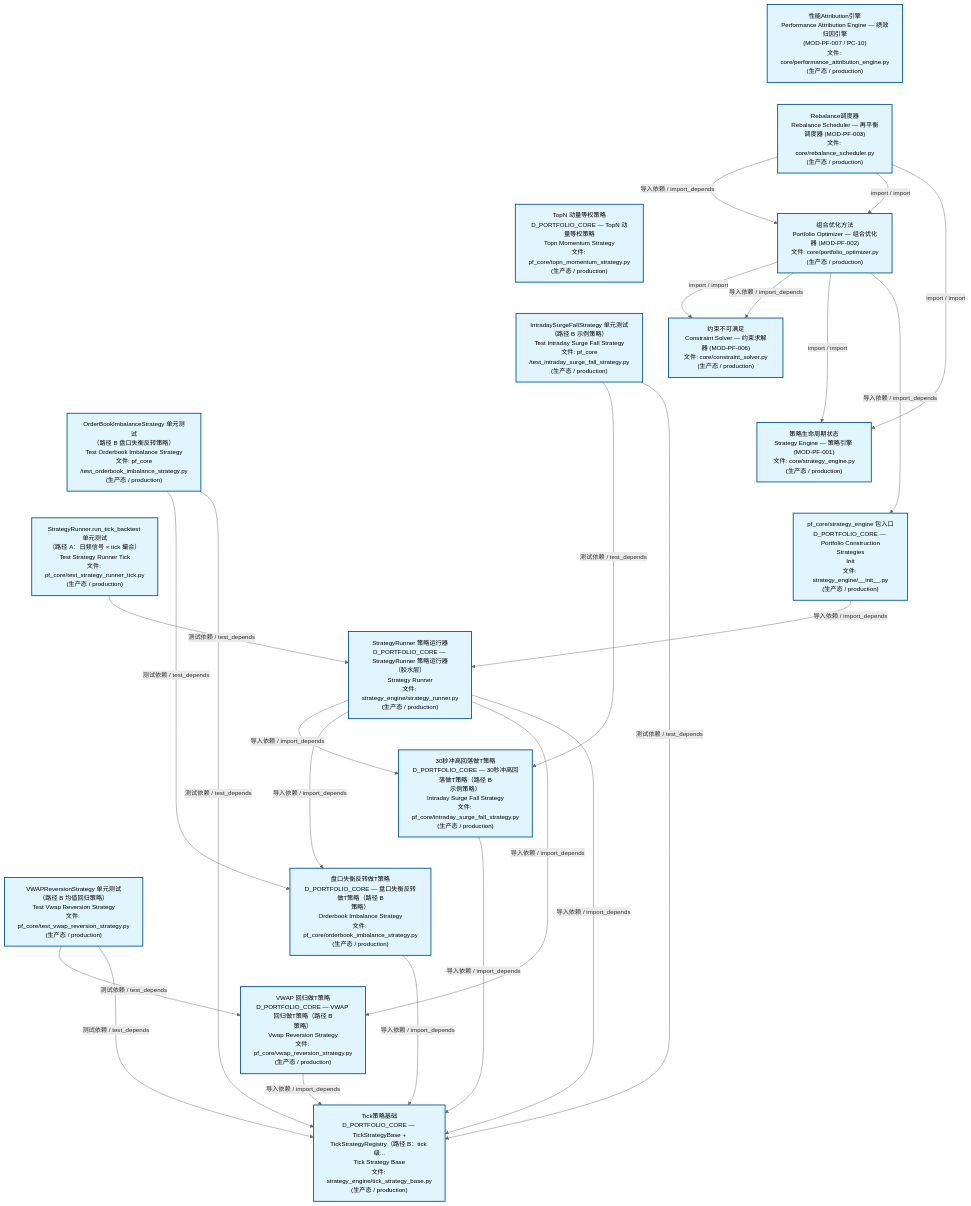
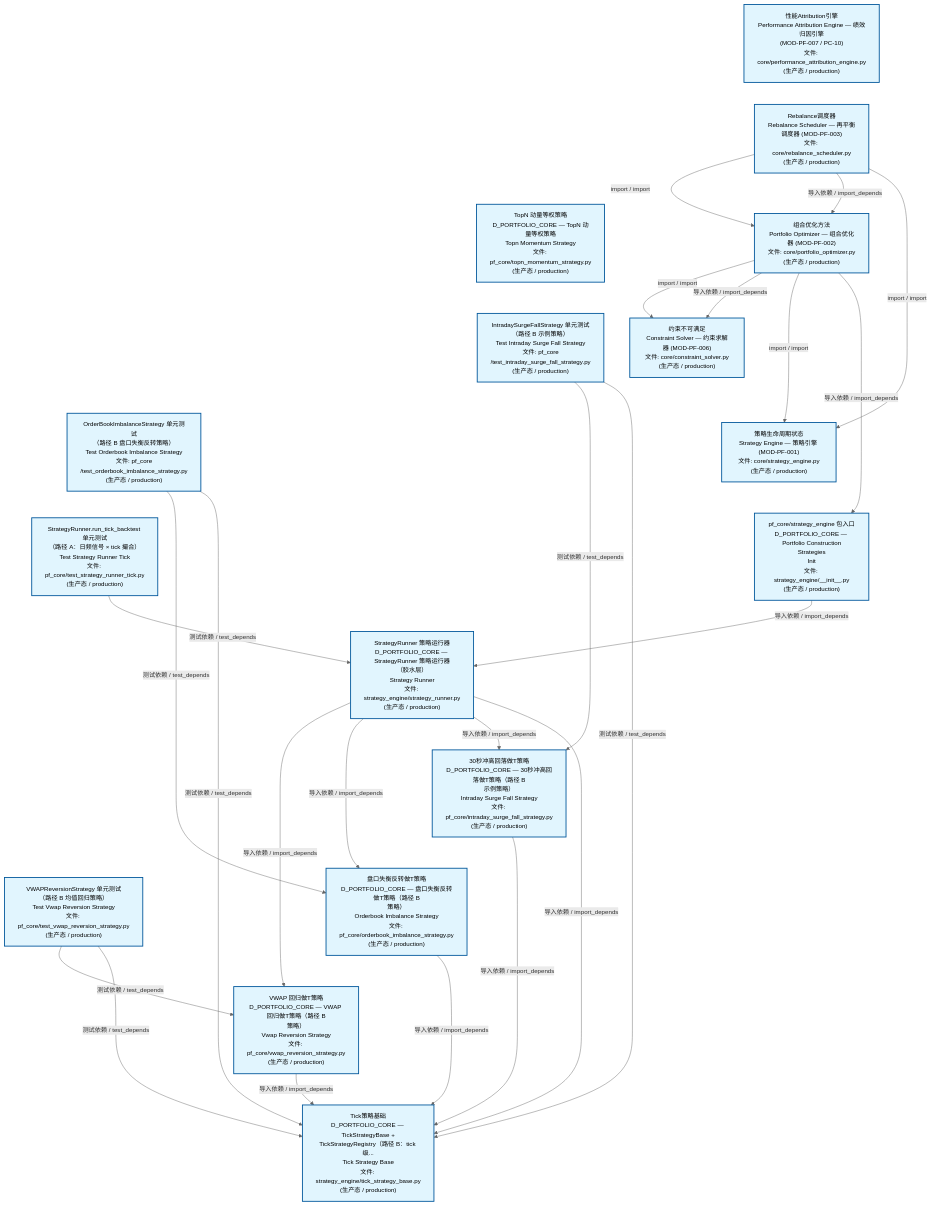
One commit to xuanFelixVan/ZephyrAlpha changed the second of 3 diagrams in docs/02_enterprise_architecture/02_domain_architecture_docs/63_d_pf_core.md. Above: the diagram before and after it, drawn with Mermaid. The commit also changed other lines of this file and 46 other files, not shown here.

````diff
--- a/docs/02_enterprise_architecture/02_domain_architecture_docs/63_d_pf_core.md
+++ b/docs/02_enterprise_architecture/02_domain_architecture_docs/63_d_pf_core.md
@@ -140,57 +141,57 @@
 ```mermaid
 %%{init: {'theme': 'base', 'themeVariables': {'primaryColor': '#eaeaea', 'primaryTextColor': '#333333', 'primaryBorderColor': '#666666', 'lineColor': '#666666', 'secondaryColor': '#eaeaea', 'tertiaryColor': '#eaeaea', 'fontSize': '14px'}}}%%
 flowchart TD
     src_zephyr_pf_core_core_performance_attribution_engine_py["性能Attribution引擎<br/>Performance Attribution Engine — 绩效归因引擎<br/>(MOD-PF-007 / PC-10)<br/>文件: core/performance_attribution_engine.py<br/>(生产态 / production)"]
     src_zephyr_pf_core_core_rebalance_scheduler_py["Rebalance调度器<br/>Rebalance Scheduler — 再平衡调度器 (MOD-PF-003)<br/>文件: core/rebalance_scheduler.py<br/>(生产态 / production)"]
     src_zephyr_pf_core_topn_momentum_strategy_py["TopN 动量等权策略<br/>D_PORTFOLIO_CORE — TopN 动量等权策略<br/>Topn Momentum Strategy<br/>文件: pf_core/topn_momentum_strategy.py<br/>(生产态 / production)"]
     tests_pf_core_test_intraday_surge_fall_strategy_py["IntradaySurgeFallStrategy 单元测试<br/>（路径 B 示例策略）<br/>Test Intraday Surge Fall Strategy<br/>文件: pf_core<br/>/test_intraday_surge_fall_strategy.py<br/>(生产态 / production)"]
     tests_pf_core_test_orderbook_imbalance_strategy_py["OrderBookImbalanceStrategy 单元测试<br/>（路径 B 盘口失衡反转策略）<br/>Test Orderbook Imbalance Strategy<br/>文件: pf_core<br/>/test_orderbook_imbalance_strategy.py<br/>(生产态 / production)"]
     tests_pf_core_test_strategy_runner_tick_py["StrategyRunner.run_tick_backtest 单元测试<br/>（路径 A：日频信号 × tick 撮合）<br/>Test Strategy Runner Tick<br/>文件: pf_core/test_strategy_runner_tick.py<br/>(生产态 / production)"]
     tests_pf_core_test_vwap_reversion_strategy_py["VWAPReversionStrategy 单元测试<br/>（路径 B 均值回归策略）<br/>Test Vwap Reversion Strategy<br/>文件: pf_core/test_vwap_reversion_strategy.py<br/>(生产态 / production)"]
     src_zephyr_pf_core_core_performance_attribution_engine_py ~~~ src_zephyr_pf_core_core_rebalance_scheduler_py
     src_zephyr_pf_core_core_rebalance_scheduler_py ~~~ src_zephyr_pf_core_topn_momentum_strategy_py
     src_zephyr_pf_core_topn_momentum_strategy_py ~~~ tests_pf_core_test_intraday_surge_fall_strategy_py
     tests_pf_core_test_intraday_surge_fall_strategy_py ~~~ tests_pf_core_test_orderbook_imbalance_strategy_py
     tests_pf_core_test_orderbook_imbalance_strategy_py ~~~ tests_pf_core_test_strategy_runner_tick_py
     tests_pf_core_test_strategy_runner_tick_py ~~~ tests_pf_core_test_vwap_reversion_strategy_py
     src_zephyr_pf_core_core_portfolio_optimizer_py["组合优化方法<br/>Portfolio Optimizer — 组合优化器 (MOD-PF-002)<br/>文件: core/portfolio_optimizer.py<br/>(生产态 / production)"]
     src_zephyr_pf_core_core_constraint_solver_py["约束不可满足<br/>Constraint Solver — 约束求解器 (MOD-PF-006)<br/>文件: core/constraint_solver.py<br/>(生产态 / production)"]
     src_zephyr_pf_core_core_strategy_engine_py["策略生命周期状态<br/>Strategy Engine — 策略引擎 (MOD-PF-001)<br/>文件: core/strategy_engine.py<br/>(生产态 / production)"]
     src_zephyr_pf_core_strategy_engine_init_py["pf_core/strategy_engine 包入口<br/>D_PORTFOLIO_CORE — Portfolio Construction<br/>Strategies<br/>Init<br/>文件: strategy_engine/__init__.py<br/>(生产态 / production)"]
     src_zephyr_pf_core_core_constraint_solver_py ~~~ src_zephyr_pf_core_core_strategy_engine_py
     src_zephyr_pf_core_core_strategy_engine_py ~~~ src_zephyr_pf_core_strategy_engine_init_py
     src_zephyr_pf_core_strategy_engine_strategy_runner_py["StrategyRunner 策略运行器<br/>D_PORTFOLIO_CORE — StrategyRunner 策略运行器<br/>（胶水层）<br/>Strategy Runner<br/>文件: strategy_engine/strategy_runner.py<br/>(生产态 / production)"]
     src_zephyr_pf_core_intraday_surge_fall_strategy_py["30秒冲高回落做T策略<br/>D_PORTFOLIO_CORE — 30秒冲高回落做T策略（路径 B<br/>示例策略）<br/>Intraday Surge Fall Strategy<br/>文件: pf_core/intraday_surge_fall_strategy.py<br/>(生产态 / production)"]
     src_zephyr_pf_core_orderbook_imbalance_strategy_py["盘口失衡反转做T策略<br/>D_PORTFOLIO_CORE — 盘口失衡反转做T策略（路径 B<br/>策略）<br/>Orderbook Imbalance Strategy<br/>文件: pf_core/orderbook_imbalance_strategy.py<br/>(生产态 / production)"]
     src_zephyr_pf_core_vwap_reversion_strategy_py["VWAP 回归做T策略<br/>D_PORTFOLIO_CORE — VWAP 回归做T策略（路径 B<br/>策略）<br/>Vwap Reversion Strategy<br/>文件: pf_core/vwap_reversion_strategy.py<br/>(生产态 / production)"]
     src_zephyr_pf_core_intraday_surge_fall_strategy_py ~~~ src_zephyr_pf_core_orderbook_imbalance_strategy_py
     src_zephyr_pf_core_orderbook_imbalance_strategy_py ~~~ src_zephyr_pf_core_vwap_reversion_strategy_py
     src_zephyr_pf_core_strategy_engine_tick_strategy_base_py["Tick策略基础<br/>D_PORTFOLIO_CORE — TickStrategyBase +<br/>TickStrategyRegistry（路径 B：tick 级...<br/>Tick Strategy Base<br/>文件: strategy_engine/tick_strategy_base.py<br/>(生产态 / production)"]
+    src_zephyr_pf_core_vwap_reversion_strategy_py -->|导入依赖 / import_depends| src_zephyr_pf_core_strategy_engine_tick_strategy_base_py
+    src_zephyr_pf_core_orderbook_imbalance_strategy_py -->|导入依赖 / import_depends| src_zephyr_pf_core_strategy_engine_tick_strategy_base_py
     src_zephyr_pf_core_intraday_surge_fall_strategy_py -->|导入依赖 / import_depends| src_zephyr_pf_core_strategy_engine_tick_strategy_base_py
-    src_zephyr_pf_core_orderbook_imbalance_strategy_py -->|导入依赖 / import_depends| src_zephyr_pf_core_strategy_engine_tick_strategy_base_py
-    src_zephyr_pf_core_vwap_reversion_strategy_py -->|导入依赖 / import_depends| src_zephyr_pf_core_strategy_engine_tick_strategy_base_py
-    src_zephyr_pf_core_core_rebalance_scheduler_py -->|导入依赖 / import_depends| src_zephyr_pf_core_core_portfolio_optimizer_py
-    src_zephyr_pf_core_core_rebalance_scheduler_py -->|import / import| src_zephyr_pf_core_core_portfolio_optimizer_py
-    src_zephyr_pf_core_core_rebalance_scheduler_py -->|import / import| src_zephyr_pf_core_core_strategy_engine_py
     src_zephyr_pf_core_core_portfolio_optimizer_py -->|import / import| src_zephyr_pf_core_core_constraint_solver_py
     src_zephyr_pf_core_core_portfolio_optimizer_py -->|导入依赖 / import_depends| src_zephyr_pf_core_core_constraint_solver_py
     src_zephyr_pf_core_core_portfolio_optimizer_py -->|import / import| src_zephyr_pf_core_core_strategy_engine_py
     src_zephyr_pf_core_core_portfolio_optimizer_py -->|导入依赖 / import_depends| src_zephyr_pf_core_strategy_engine_init_py
+    src_zephyr_pf_core_core_rebalance_scheduler_py -->|import / import| src_zephyr_pf_core_core_portfolio_optimizer_py
+    src_zephyr_pf_core_core_rebalance_scheduler_py -->|导入依赖 / import_depends| src_zephyr_pf_core_core_portfolio_optimizer_py
+    src_zephyr_pf_core_core_rebalance_scheduler_py -->|import / import| src_zephyr_pf_core_core_strategy_engine_py
+    src_zephyr_pf_core_strategy_engine_strategy_runner_py -->|导入依赖 / import_depends| src_zephyr_pf_core_vwap_reversion_strategy_py
+    src_zephyr_pf_core_strategy_engine_strategy_runner_py -->|导入依赖 / import_depends| src_zephyr_pf_core_orderbook_imbalance_strategy_py
     src_zephyr_pf_core_strategy_engine_strategy_runner_py -->|导入依赖 / import_depends| src_zephyr_pf_core_intraday_surge_fall_strategy_py
-    src_zephyr_pf_core_strategy_engine_strategy_runner_py -->|导入依赖 / import_depends| src_zephyr_pf_core_orderbook_imbalance_strategy_py
-    src_zephyr_pf_core_strategy_engine_strategy_runner_py -->|导入依赖 / import_depends| src_zephyr_pf_core_vwap_reversion_strategy_py
     src_zephyr_pf_core_strategy_engine_strategy_runner_py -->|导入依赖 / import_depends| src_zephyr_pf_core_strategy_engine_tick_strategy_base_py
     src_zephyr_pf_core_strategy_engine_init_py -->|导入依赖 / import_depends| src_zephyr_pf_core_strategy_engine_strategy_runner_py
     tests_pf_core_test_intraday_surge_fall_strategy_py -->|测试依赖 / test_depends| src_zephyr_pf_core_intraday_surge_fall_strategy_py
     tests_pf_core_test_intraday_surge_fall_strategy_py -->|测试依赖 / test_depends| src_zephyr_pf_core_strategy_engine_tick_strategy_base_py
+    tests_pf_core_test_strategy_runner_tick_py -->|测试依赖 / test_depends| src_zephyr_pf_core_strategy_engine_strategy_runner_py
     tests_pf_core_test_orderbook_imbalance_strategy_py -->|测试依赖 / test_depends| src_zephyr_pf_core_orderbook_imbalance_strategy_py
     tests_pf_core_test_orderbook_imbalance_strategy_py -->|测试依赖 / test_depends| src_zephyr_pf_core_strategy_engine_tick_strategy_base_py
-    tests_pf_core_test_strategy_runner_tick_py -->|测试依赖 / test_depends| src_zephyr_pf_core_strategy_engine_strategy_runner_py
     tests_pf_core_test_vwap_reversion_strategy_py -->|测试依赖 / test_depends| src_zephyr_pf_core_vwap_reversion_strategy_py
     tests_pf_core_test_vwap_reversion_strategy_py -->|测试依赖 / test_depends| src_zephyr_pf_core_strategy_engine_tick_strategy_base_py
     classDef production fill:#e1f5fe,stroke:#01579b,stroke-width:2px,color:#000
     classDef design fill:#fff3e0,stroke:#e65100,stroke-width:2px,color:#000,stroke-dasharray: 5 5
     classDef external_prod fill:#e8f4fd,stroke:#0277bd,stroke-width:1px,color:#000
     classDef external_design fill:#fff8e7,stroke:#ef6c00,stroke-width:1px,color:#000,stroke-dasharray: 5 5
     class src_zephyr_pf_core_core_constraint_solver_py,src_zephyr_pf_core_core_performance_attribution_engine_py,src_zephyr_pf_core_core_portfolio_optimizer_py,src_zephyr_pf_core_core_rebalance_scheduler_py,src_zephyr_pf_core_core_strategy_engine_py,src_zephyr_pf_core_intraday_surge_fall_strategy_py,src_zephyr_pf_core_orderbook_imbalance_strategy_py,src_zephyr_pf_core_strategy_engine_init_py,src_zephyr_pf_core_strategy_engine_strategy_runner_py,src_zephyr_pf_core_strategy_engine_tick_strategy_base_py,src_zephyr_pf_core_topn_momentum_strategy_py,src_zephyr_pf_core_vwap_reversion_strategy_py,tests_pf_core_test_intraday_surge_fall_strategy_py,tests_pf_core_test_orderbook_imbalance_strategy_py,tests_pf_core_test_strategy_runner_tick_py,tests_pf_core_test_vwap_reversion_strategy_py production
 ```
````
